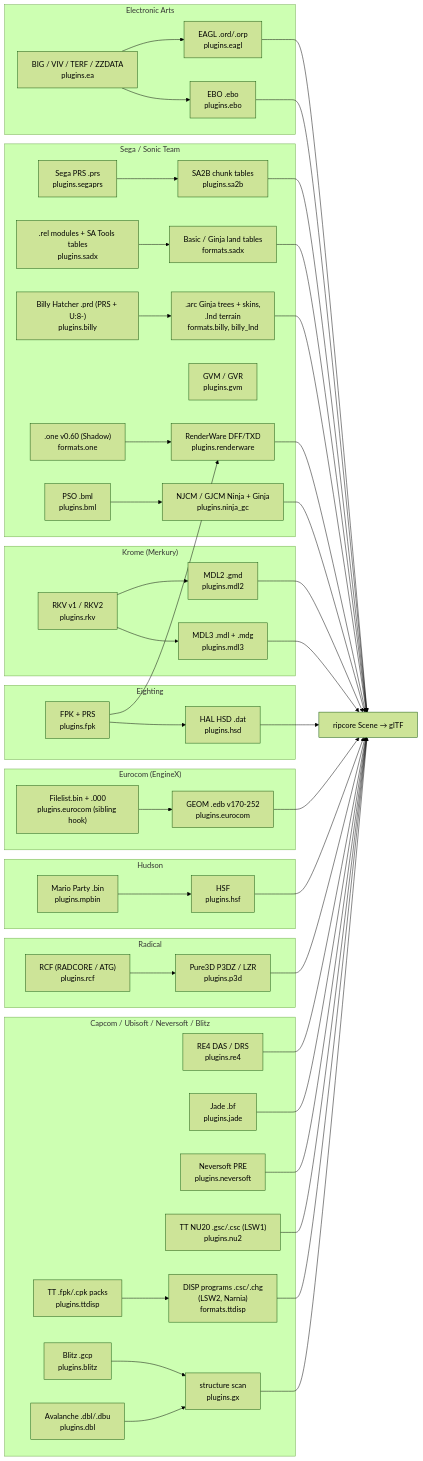
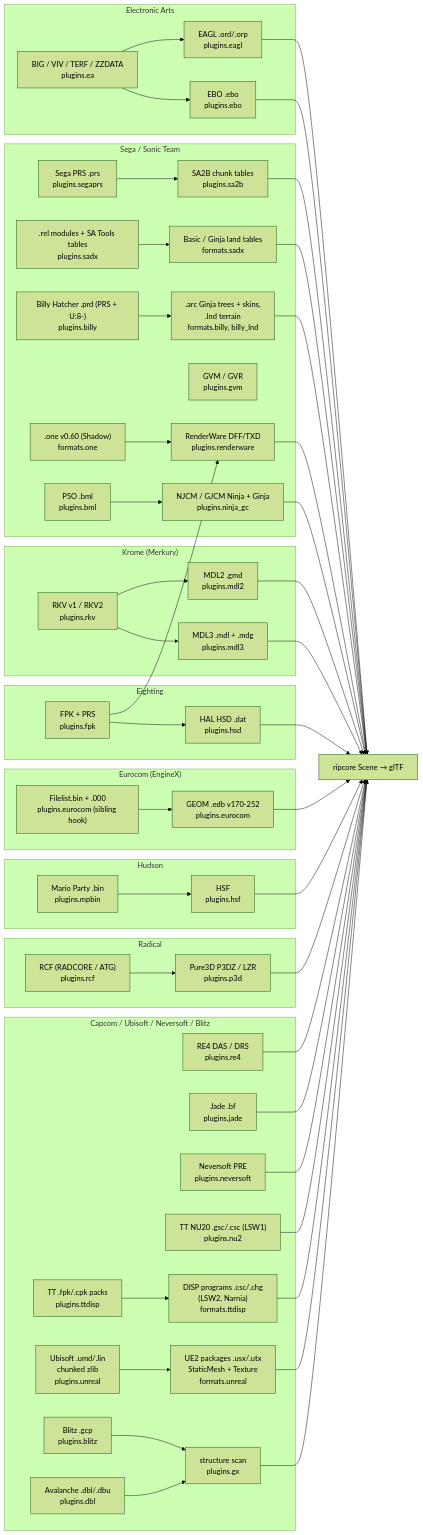
The eighth of 9 diagrams in docs/PIPELINE.md (Felbs/3d-ripper-9000), drawn with Mermaid (forest theme) before and after one commit. The commit also changed other lines of this file and 2 other files, not shown here.

First line of the commit message:
docs: Unreal Engine 2 (Ubisoft) packages in the formats ledger, engine map and Ubisoft note

````diff
--- a/docs/PIPELINE.md
+++ b/docs/PIPELINE.md
@@ -173,42 +173,43 @@
 ```mermaid
 flowchart LR
     subgraph EA["Electronic Arts"]
         BIG["BIG / VIV / TERF / ZZDATA<br/>plugins.ea"] --> EAGL["EAGL .ord/.orp<br/>plugins.eagl"]
         BIG --> EBO["EBO .ebo<br/>plugins.ebo"]
     end
     subgraph SEGA["Sega / Sonic Team"]
         PRS["Sega PRS .prs<br/>plugins.segaprs"] --> SA2B["SA2B chunk tables<br/>plugins.sa2b"]
         ONE[".one v0.60 (Shadow)<br/>formats.one"] --> RW["RenderWare DFF/TXD<br/>plugins.renderware"]
         BML["PSO .bml<br/>plugins.bml"] --> NJ["NJCM / GJCM Ninja + Ginja<br/>plugins.ninja_gc"]
         GVM["GVM / GVR<br/>plugins.gvm"]
         REL[".rel modules + SA Tools tables<br/>plugins.sadx"] --> SADX["Basic / Ginja land tables<br/>formats.sadx"]
         PRD["Billy Hatcher .prd (PRS + U:8-)<br/>plugins.billy"] --> BILLY[".arc Ginja trees + skins,<br/>.lnd terrain<br/>formats.billy, billy_lnd"]
     end
     subgraph KROME["Krome (Merkury)"]
         RKV["RKV v1 / RKV2<br/>plugins.rkv"] --> MDL2["MDL2 .gmd<br/>plugins.mdl2"]
         RKV --> MDL3["MDL3 .mdl + .mdg<br/>plugins.mdl3"]
     end
     subgraph EIGHT["Eighting"]
         FPK["FPK + PRS<br/>plugins.fpk"] --> HSD["HAL HSD .dat<br/>plugins.hsd"]
         FPK --> RW
     end
     subgraph EURO["Eurocom (EngineX)"]
         FL["Filelist.bin + .000<br/>plugins.eurocom (sibling hook)"] --> EDB["GEOM .edb v170-252<br/>plugins.eurocom"]
     end
     subgraph HUDSON["Hudson"]
         MPB["Mario Party .bin<br/>plugins.mpbin"] --> HSF["HSF<br/>plugins.hsf"]
     end
     subgraph RADICAL["Radical"]
         RCF["RCF (RADCORE / ATG)<br/>plugins.rcf"] --> P3D["Pure3D P3DZ / LZR<br/>plugins.p3d"]
     end
     subgraph OTHER["Capcom / Ubisoft / Neversoft / Blitz"]
         DAS["RE4 DAS / DRS<br/>plugins.re4"]
         BF["Jade .bf<br/>plugins.jade"]
         PRE["Neversoft PRE<br/>plugins.neversoft"]
         GCP["Blitz .gcp<br/>plugins.blitz"] --> GX["structure scan<br/>plugins.gx"]
         NU2["TT NU20 .gsc/.csc (LSW1)<br/>plugins.nu2"]
         TTPK["TT .fpk/.cpk packs<br/>plugins.ttdisp"] --> DISP["DISP programs .csc/.chg<br/>(LSW2, Narnia)<br/>formats.ttdisp"]
+        UMD["Ubisoft .umd/.lin<br/>chunked zlib<br/>plugins.unreal"] --> UE2["UE2 packages .usx/.utx<br/>StaticMesh + Texture<br/>formats.unreal"]
         DBL["Avalanche .dbl/.dbu<br/>plugins.dbl"] --> GX
     end
-    EAGL & EBO & SA2B & SADX & BILLY & RW & NJ & MDL2 & MDL3 & HSD & EDB & HSF & P3D & DAS & BF & PRE & NU2 & DISP & GX --> SCENE["ripcore Scene → glTF"]
+    EAGL & EBO & SA2B & SADX & BILLY & RW & NJ & MDL2 & MDL3 & HSD & EDB & HSF & P3D & DAS & BF & PRE & NU2 & DISP & UE2 & GX --> SCENE["ripcore Scene → glTF"]
 ```
````
